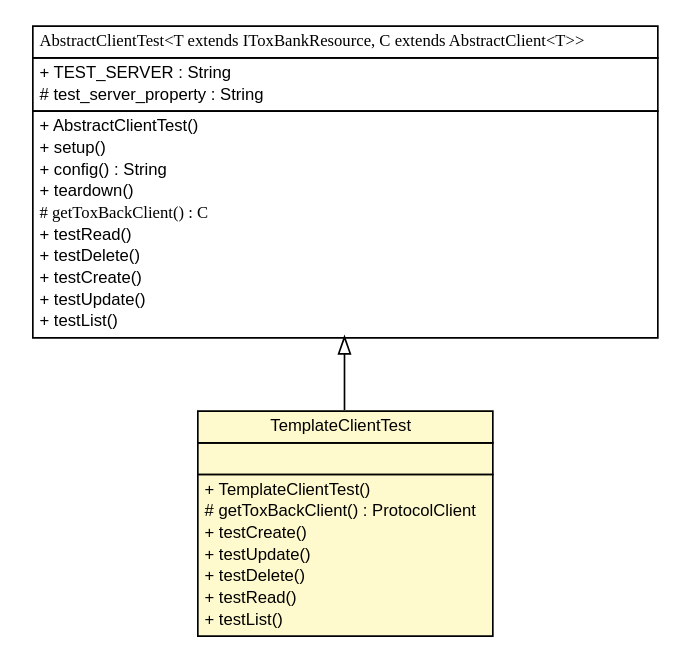
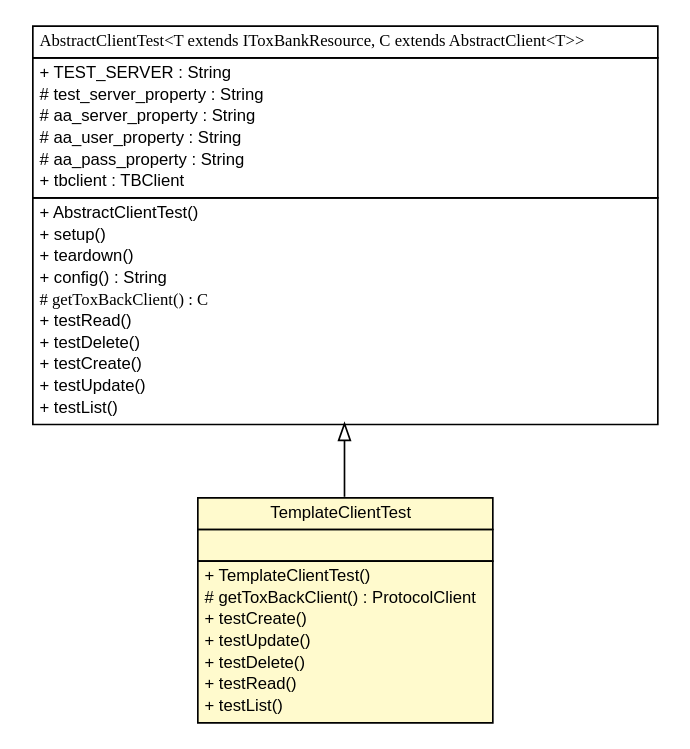
One commit to ToxBank/toxbank-api-client changed the diagram in testapidocs/net/toxbank/client/resource/TemplateClientTest.dot. Above: the diagram before and after it, drawn with Graphviz. The commit also changed 57 other files, not shown here.

```diff
--- a/testapidocs/net/toxbank/client/resource/TemplateClientTest.dot
+++ b/testapidocs/net/toxbank/client/resource/TemplateClientTest.dot
@@ -1,52 +1,56 @@
 #!/usr/local/bin/dot
 #
 # Class diagram 
 # Generated by UmlGraph version 4.6 (http://www.spinellis.gr/sw/umlgraph)
 #
 
 digraph G {
 	edge [fontname="arial",fontsize=10,labelfontname="arial",labelfontsize=10];
 	node [fontname="arial",fontsize=10,shape=plaintext];
 	// net.toxbank.client.resource.TemplateClientTest
 	c34 [label=<<table border="0" cellborder="1" cellspacing="0" cellpadding="2" port="p" bgcolor="lemonChiffon" href="./TemplateClientTest.html">
 		<tr><td><table border="0" cellspacing="0" cellpadding="1">
 			<tr><td> TemplateClientTest </td></tr>
 		</table></td></tr>
 		<tr><td><table border="0" cellspacing="0" cellpadding="1">
 			<tr><td align="left">  </td></tr>
 		</table></td></tr>
 		<tr><td><table border="0" cellspacing="0" cellpadding="1">
 			<tr><td align="left"> + TemplateClientTest() </td></tr>
 			<tr><td align="left"> # getToxBackClient() : ProtocolClient </td></tr>
 			<tr><td align="left"> + testCreate() </td></tr>
 			<tr><td align="left"> + testUpdate() </td></tr>
 			<tr><td align="left"> + testDelete() </td></tr>
 			<tr><td align="left"> + testRead() </td></tr>
 			<tr><td align="left"> + testList() </td></tr>
 		</table></td></tr>
 		</table>>, fontname="arial", fontcolor="black", fontsize=10.0];
 	// net.toxbank.client.resource.AbstractClientTest<T extends net.toxbank.client.resource.IToxBankResource, C extends net.toxbank.client.resource.AbstractClient<T>>
 	c43 [label=<<table border="0" cellborder="1" cellspacing="0" cellpadding="2" port="p" href="./AbstractClientTest.html">
 		<tr><td><table border="0" cellspacing="0" cellpadding="1">
 			<tr><td><font face="ariali"> AbstractClientTest&lt;T extends IToxBankResource, C extends AbstractClient&lt;T&gt;&gt; </font></td></tr>
 		</table></td></tr>
 		<tr><td><table border="0" cellspacing="0" cellpadding="1">
 			<tr><td align="left"> + TEST_SERVER : String </td></tr>
 			<tr><td align="left"> # test_server_property : String </td></tr>
+			<tr><td align="left"> # aa_server_property : String </td></tr>
+			<tr><td align="left"> # aa_user_property : String </td></tr>
+			<tr><td align="left"> # aa_pass_property : String </td></tr>
+			<tr><td align="left"> + tbclient : TBClient </td></tr>
 		</table></td></tr>
 		<tr><td><table border="0" cellspacing="0" cellpadding="1">
 			<tr><td align="left"> + AbstractClientTest() </td></tr>
 			<tr><td align="left"> + setup() </td></tr>
+			<tr><td align="left"> + teardown() </td></tr>
 			<tr><td align="left"> + config() : String </td></tr>
-			<tr><td align="left"> + teardown() </td></tr>
 			<tr><td align="left"><font face="ariali" point-size="10.0"> # getToxBackClient() : C </font></td></tr>
 			<tr><td align="left"> + testRead() </td></tr>
 			<tr><td align="left"> + testDelete() </td></tr>
 			<tr><td align="left"> + testCreate() </td></tr>
 			<tr><td align="left"> + testUpdate() </td></tr>
 			<tr><td align="left"> + testList() </td></tr>
 		</table></td></tr>
 		</table>>, fontname="arial", fontcolor="black", fontsize=10.0];
 	//net.toxbank.client.resource.TemplateClientTest extends net.toxbank.client.resource.AbstractClientTest<net.toxbank.client.resource.Protocol, net.toxbank.client.resource.ProtocolClient>
 	c43:p -> c34:p [dir=back,arrowtail=empty];
 }
```
